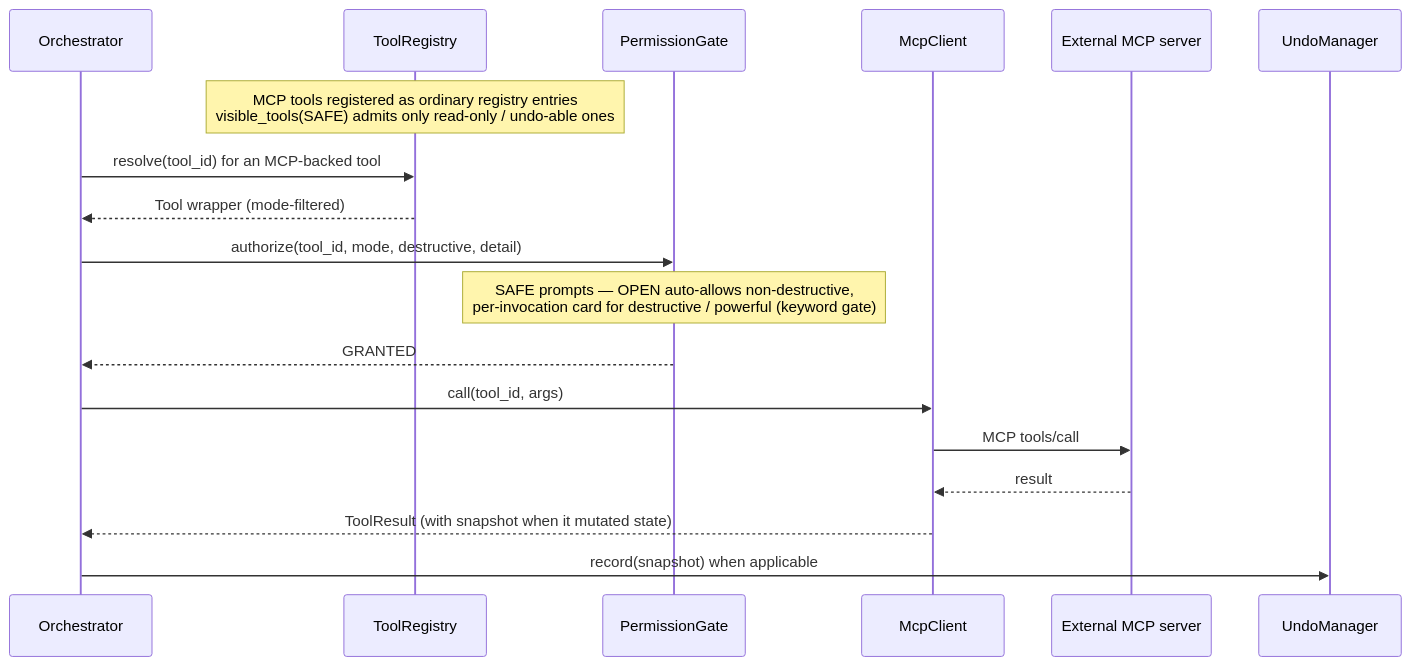
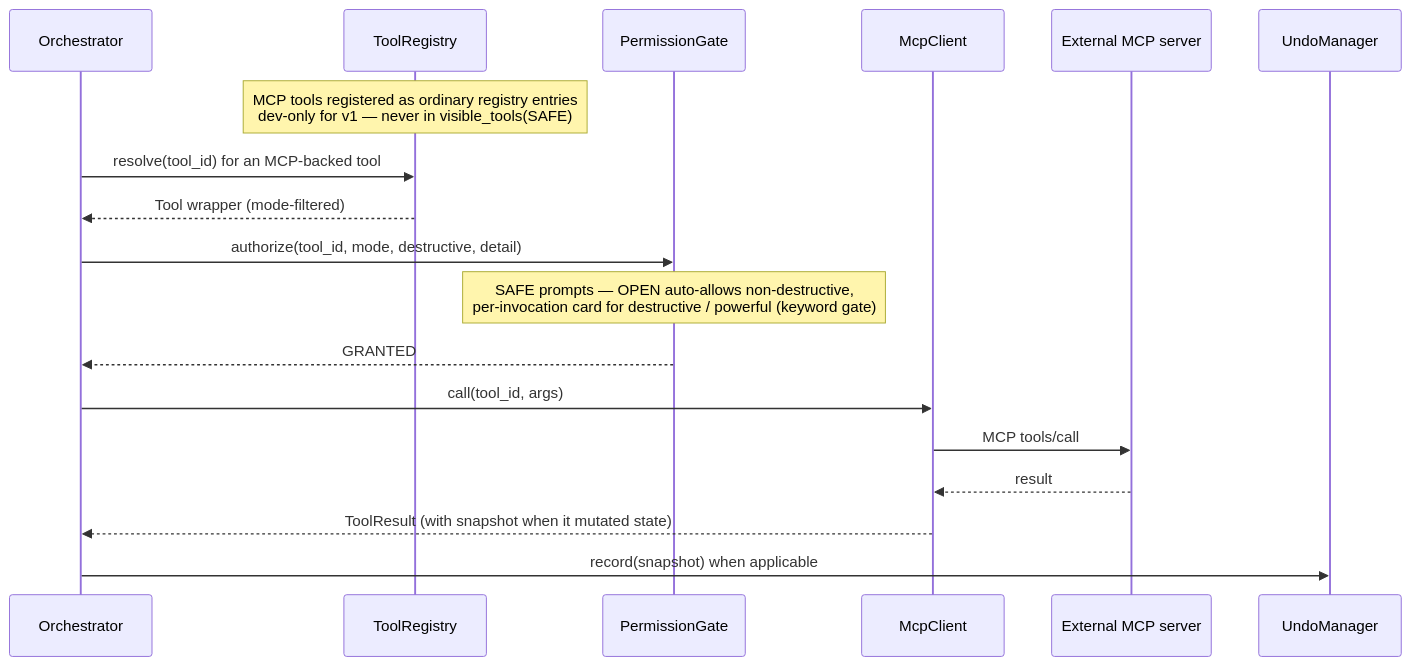
One commit to N041M/Addison changed diagram 15 of 15 in docs/flows.md. Above: the diagram before and after it, drawn with Mermaid. The commit also changed other lines of this file and 17 other files, not shown here.

````diff
--- a/docs/flows.md
+++ b/docs/flows.md
@@ -625,21 +629,21 @@
 ```mermaid
 sequenceDiagram
     participant ORC as Orchestrator
     participant REG as ToolRegistry
     participant PG as PermissionGate
     participant MC as McpClient
     participant SRV as External MCP server
     participant UM as UndoManager
 
-    Note over REG: MCP tools registered as ordinary registry entries<br/>visible_tools(SAFE) admits only read-only / undo-able ones
+    Note over REG: MCP tools registered as ordinary registry entries<br/>dev-only for v1 — never in visible_tools(SAFE)
     ORC->>REG: resolve(tool_id) for an MCP-backed tool
     REG-->>ORC: Tool wrapper (mode-filtered)
     ORC->>PG: authorize(tool_id, mode, destructive, detail)
     Note over PG: SAFE prompts — OPEN auto-allows non-destructive,<br/>per-invocation card for destructive / powerful (keyword gate)
     PG-->>ORC: GRANTED
     ORC->>MC: call(tool_id, args)
     MC->>SRV: MCP tools/call
     SRV-->>MC: result
     MC-->>ORC: ToolResult (with snapshot when it mutated state)
     ORC->>UM: record(snapshot) when applicable
 ```
````
